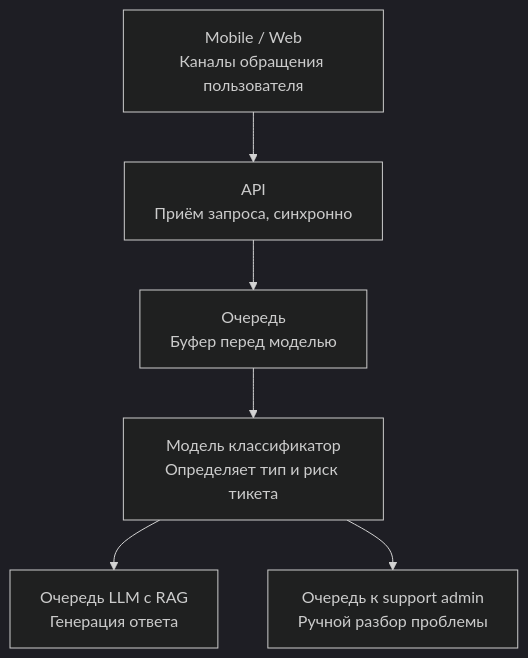
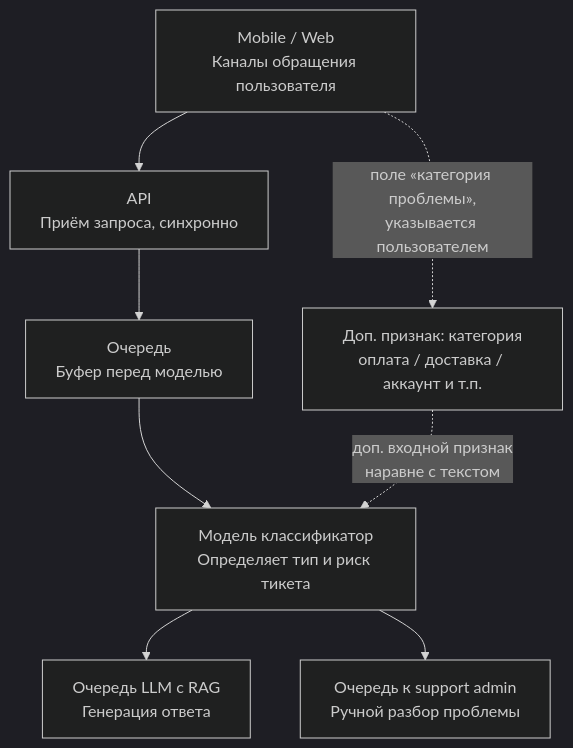
The diagram in docs/architecture.md (Zitniks/support-ticket-ai-system), drawn with Mermaid (dark theme) before and after one commit. The commit also changed other lines of this file, not shown here.

Commit message:
docs: категория проблемы как доп. признак классификатора

````diff
--- a/docs/architecture.md
+++ b/docs/architecture.md
@@ -3,8 +3,10 @@
 ```mermaid
 flowchart TD
     A[Mobile / Web<br/>Каналы обращения пользователя] --> B[API<br/>Приём запроса, синхронно]
+    A -.->|поле «категория проблемы»,<br/>указывается пользователем| G[Доп. признак: категория<br/>оплата / доставка / аккаунт и т.п.]
     B --> C[Очередь<br/>Буфер перед моделью]
     C --> D[Модель классификатор<br/>Определяет тип и риск тикета]
+    G -.->|доп. входной признак<br/>наравне с текстом| D
     D --> E[Очередь LLM с RAG<br/>Генерация ответа]
     D --> F[Очередь к support admin<br/>Ручной разбор проблемы]
 ```
````
